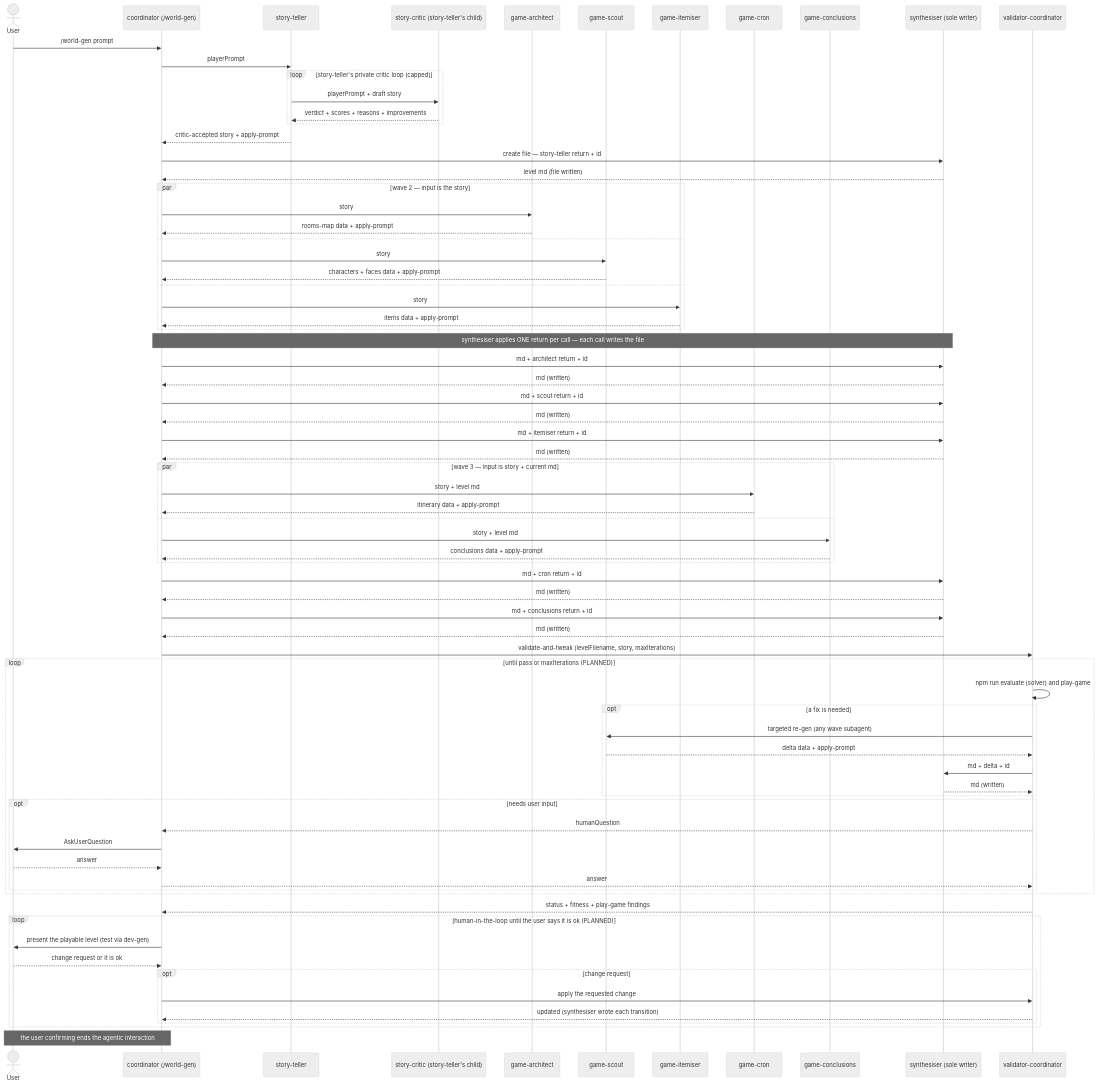
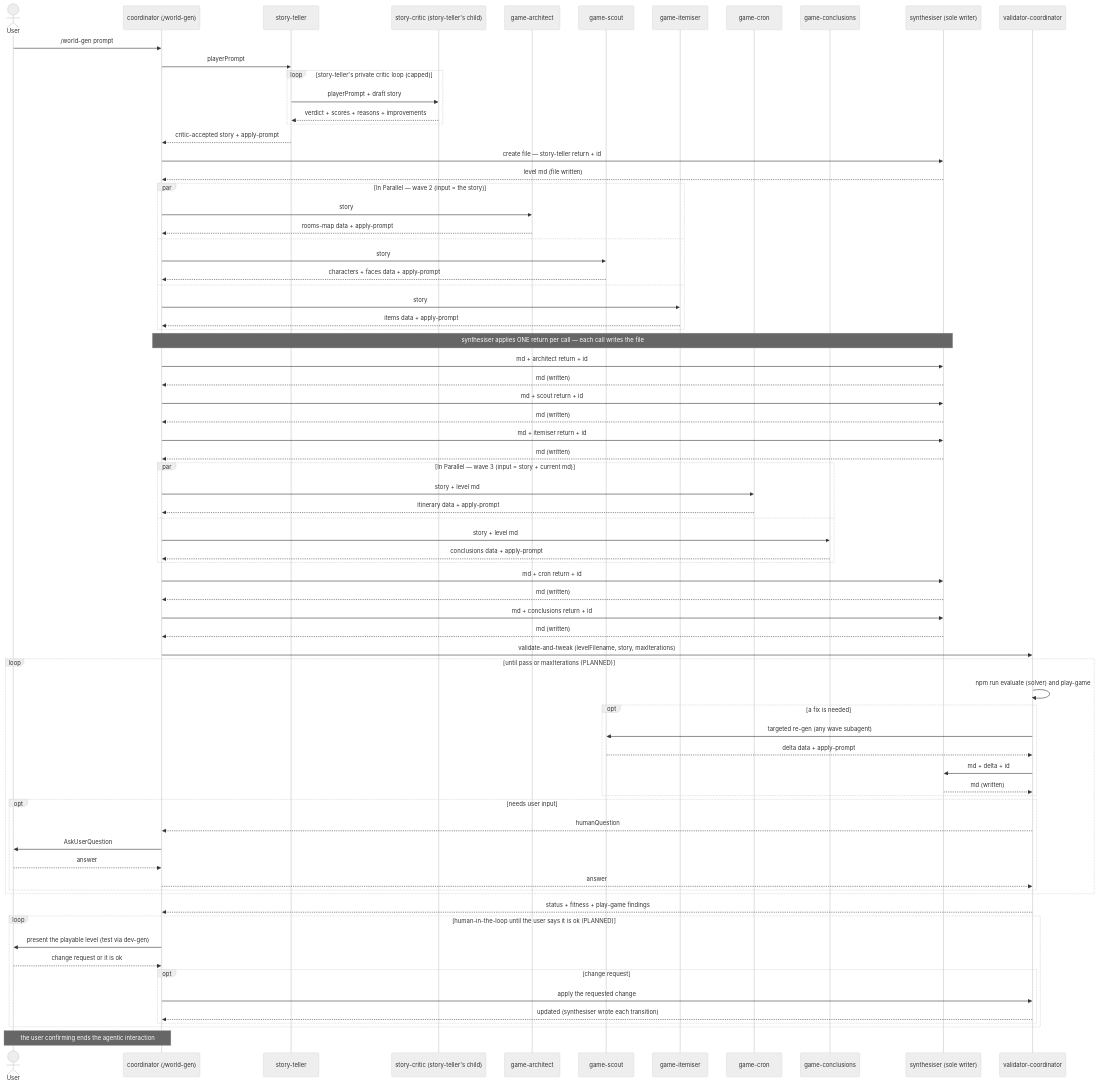
Before and after one commit to DecentAppsNet/castle-mystery: the first of 2 diagrams in docs/design/world-gen-agentic-hld.md, drawn with Mermaid (neutral theme). The commit also changed other lines of this file and 1 other file, not shown here.

````diff
--- a/docs/design/world-gen-agentic-hld.md
+++ b/docs/design/world-gen-agentic-hld.md
@@ -59,82 +59,82 @@
 ```mermaid
 sequenceDiagram
     actor User
     participant WG as coordinator (/world-gen)
     participant ST as story-teller
     participant SK as story-critic (story-teller's child)
     participant AR as game-architect
     participant SC as game-scout
     participant IT as game-itemiser
     participant CR as game-cron
     participant CN as game-conclusions
     participant SY as synthesiser (sole writer)
     participant VC as validator-coordinator
 
     User->>WG: /world-gen prompt
     WG->>ST: playerPrompt
     loop story-teller's private critic loop (capped)
         ST->>SK: playerPrompt + draft story
         SK-->>ST: verdict + scores + reasons + improvements
     end
     ST-->>WG: critic-accepted story + apply-prompt
     WG->>SY: create file — story-teller return + id
     SY-->>WG: level md (file written)
 
-    par wave 2 — input is the story
+    par In Parallel — wave 2 (input = the story)
         WG->>AR: story
         AR-->>WG: rooms-map data + apply-prompt
     and
         WG->>SC: story
         SC-->>WG: characters + faces data + apply-prompt
     and
         WG->>IT: story
         IT-->>WG: items data + apply-prompt
     end
     Note over WG,SY: synthesiser applies ONE return per call — each call writes the file
     WG->>SY: md + architect return + id
     SY-->>WG: md (written)
     WG->>SY: md + scout return + id
     SY-->>WG: md (written)
     WG->>SY: md + itemiser return + id
     SY-->>WG: md (written)
 
-    par wave 3 — input is story + current md
+    par In Parallel — wave 3 (input = story + current md)
         WG->>CR: story + level md
         CR-->>WG: itinerary data + apply-prompt
     and
         WG->>CN: story + level md
         CN-->>WG: conclusions data + apply-prompt
     end
     WG->>SY: md + cron return + id
     SY-->>WG: md (written)
     WG->>SY: md + conclusions return + id
     SY-->>WG: md (written)
 
     WG->>VC: validate-and-tweak (levelFilename, story, maxIterations)
     loop until pass or maxIterations (PLANNED)
         VC->>VC: npm run evaluate (solver) and play-game
         opt a fix is needed
             VC->>SC: targeted re-gen (any wave subagent)
             SC-->>VC: delta data + apply-prompt
             VC->>SY: md + delta + id
             SY-->>VC: md (written)
         end
         opt needs user input
             VC-->>WG: humanQuestion
             WG->>User: AskUserQuestion
             User-->>WG: answer
             WG-->>VC: answer
         end
     end
     VC-->>WG: status + fitness + play-game findings
 
     loop human-in-the-loop until the user says it is ok (PLANNED)
         WG->>User: present the playable level (test via dev-gen)
         User-->>WG: change request or it is ok
         opt change request
             WG->>VC: apply the requested change
             VC-->>WG: updated (synthesiser wrote each transition)
         end
     end
     Note over User,WG: the user confirming ends the agentic interaction
 ```
````
